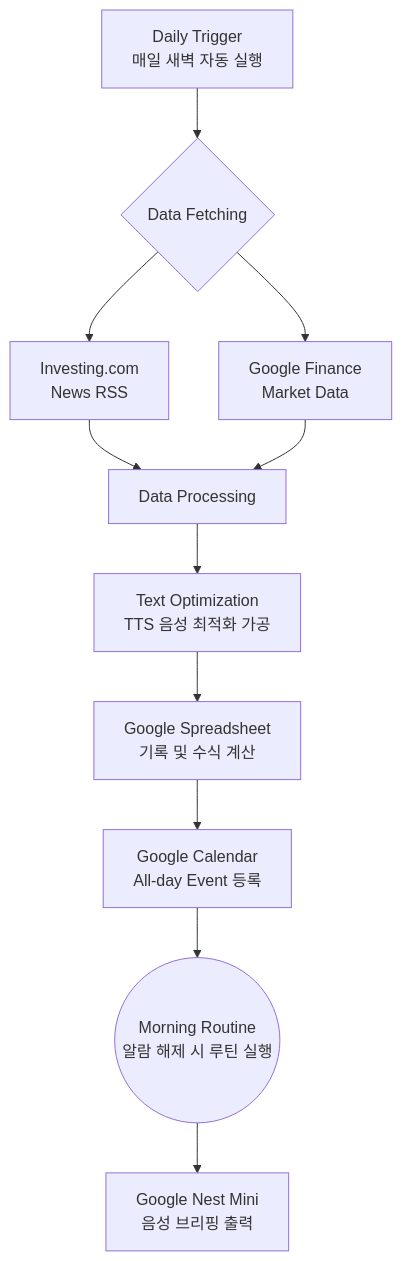
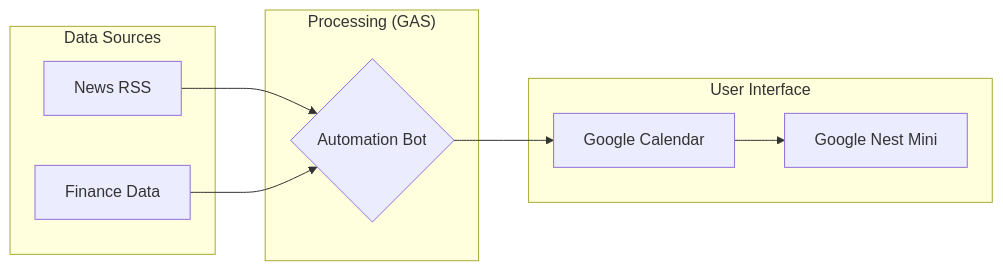
Before and after one commit to seonghun00/Smart_Morning_Briefing: the diagram in README.md, drawn with Mermaid. The commit also changed other lines of this file, not shown here.

````diff
--- a/README.md
+++ b/README.md
@@ -25,16 +25,20 @@
 ```mermaid
-graph TD
-    A[Daily Trigger<br/>매일 새벽 자동 실행] --> B{Data Fetching}
-    B --> C[Investing.com<br/>News RSS]
-    B --> D[Google Finance<br/>Market Data]
-    
-    C --> E[Data Processing]
+graph LR
+    subgraph "Data Sources"
+        A[News RSS]
+        B[Finance Data]
+    end
+
+    subgraph "Processing (GAS)"
+        C{Automation Bot}
+    end
+
+    subgraph "User Interface"
+        D[Google Calendar]
+        E[Google Nest Mini]
+    end
+
+    A & B --> C
+    C --> D
     D --> E
-    
-    E --> F[Text Optimization<br/>TTS 음성 최적화 가공]
-    F --> G[Google Spreadsheet<br/>기록 및 수식 계산]
-    G --> H[Google Calendar<br/>All-day Event 등록]
-    
-    H --> I((Morning Routine<br/>알람 해제 시 루틴 실행))
-    I --> J[Google Nest Mini<br/>음성 브리핑 출력]
 ```
````
